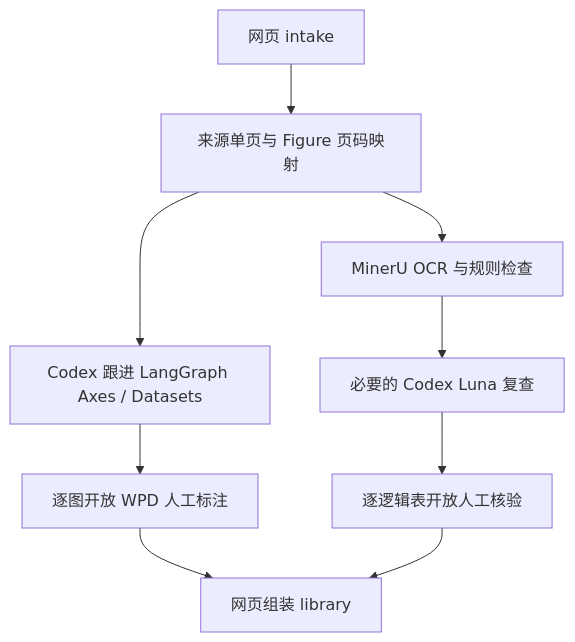
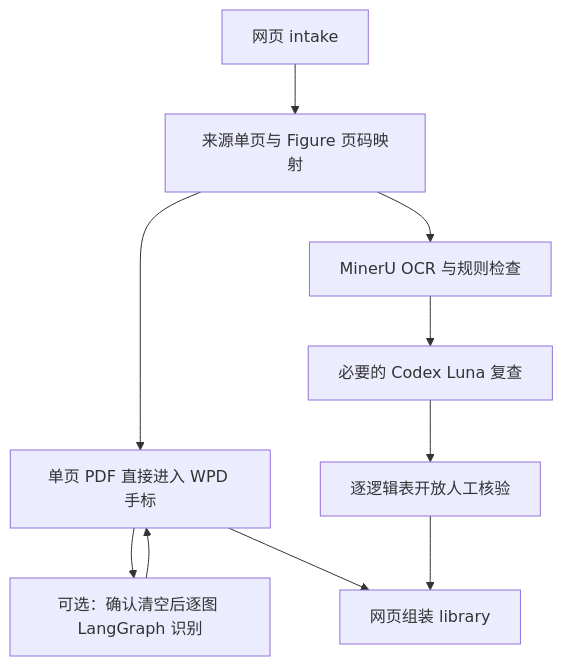
Before and after one commit to plumliu/materials-workbench: the diagram in docs/INTEGRATION_PLAN.md, drawn with Mermaid. The commit also changed other lines of this file and 35 other files, not shown here.

First line of the commit message:
Enable manual figure annotation and per-figure AI recognition

````diff
--- a/docs/INTEGRATION_PLAN.md
+++ b/docs/INTEGRATION_PLAN.md
@@ -5,11 +5,12 @@
 ```mermaid
 flowchart TD
     A[网页 intake] --> B[来源单页与 Figure 页码映射]
-    B --> C[Codex 跟进 LangGraph Axes / Datasets]
+    B --> E[单页 PDF 直接进入 WPD 手标]
+    E --> C[可选：确认清空后逐图 LangGraph 识别]
     B --> D[MinerU OCR 与规则检查]
-    C --> E[逐图开放 WPD 人工标注]
+    C --> E
     D --> F[必要的 Codex Luna 复查]
     F --> G[逐逻辑表开放人工核验]
     E --> H[网页组装 library]
     G --> H
 ```
````
